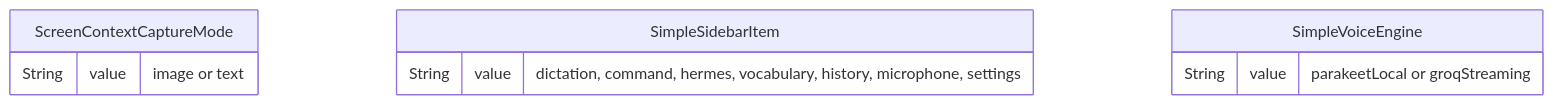
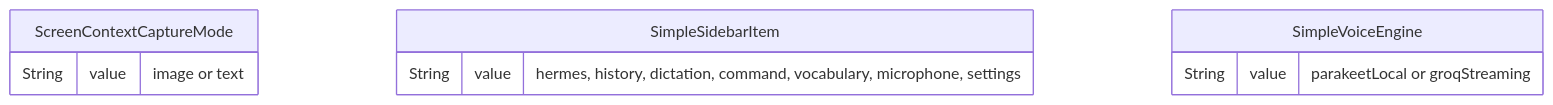
The seventh of 12 diagrams in datamodel.md (dkapo88/WonderWhisper-macOS), drawn with Mermaid before and after one commit. The commit also changed other lines of this file and 15 other files, not shown here.

````diff
--- a/datamodel.md
+++ b/datamodel.md
@@ -282,14 +292,14 @@
 ```mermaid
 erDiagram
     ScreenContextCaptureMode {
         String value "image or text"
     }
     
     SimpleSidebarItem {
-        String value "dictation, command, hermes, vocabulary, history, microphone, settings"
+        String value "hermes, history, dictation, command, vocabulary, microphone, settings"
     }
     
     SimpleVoiceEngine {
         String value "parakeetLocal or groqStreaming"
     }
 ```
````
